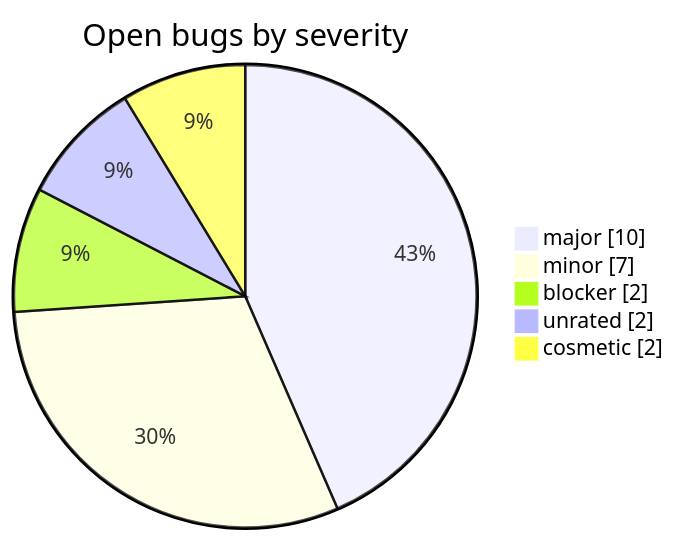
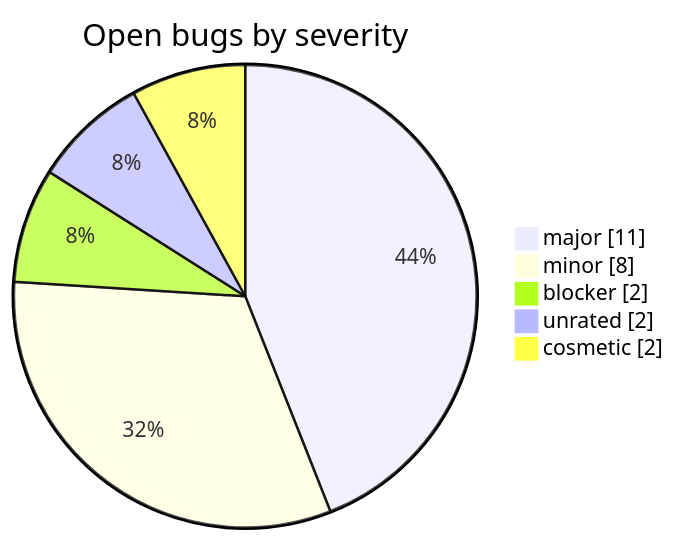
One commit to silkyclouds/pmda-tracker changed the second of 3 diagrams in README.md. Above: the diagram before and after it, drawn with Mermaid. The commit also changed other lines of this file, not shown here.

````diff
--- a/README.md
+++ b/README.md
@@ -23,8 +23,8 @@
 ```mermaid
 pie showData title Open bugs by severity
-    "major" : 10
-    "minor" : 7
+    "major" : 11
+    "minor" : 8
     "blocker" : 2
     "unrated" : 2
     "cosmetic" : 2
 ```
````
